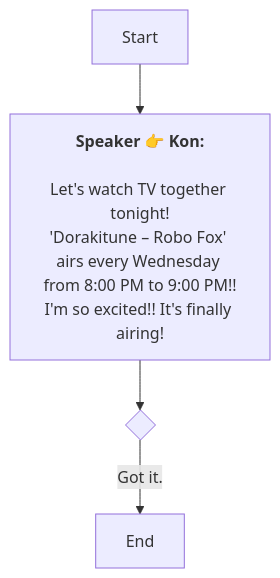
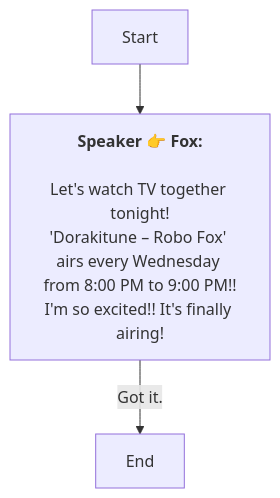
Before and after one commit to SoftHu/tos_avg: the diagram in En/QuestStartTalkENode_1751904922671817.md, drawn with Mermaid. The commit also changed 737 other files, not shown here.

````diff
--- a/En/QuestStartTalkENode_1751904922671817.md
+++ b/En/QuestStartTalkENode_1751904922671817.md
@@ -1,11 +1,8 @@
 ```mermaid
 graph
-Start -->1751904956332748[<b>Speaker 👉 Kon:</b>
+Start -->1751904956332748[<b>Speaker 👉 Fox:</b>
+\nLet's watch TV together tonight!
+'Dorakitune – Robo Fox' airs every Wednesday from 8:00 PM to 9:00 PM!!\nI'm so excited!! It's finally airing!]
+1751904956332748 -->|Got it.|1751905106071250[End]
 
-Let's watch TV together tonight!
-'Dorakitune – Robo Fox' airs every Wednesday from 8:00 PM to 9:00 PM!!
-I'm so excited!! It's finally airing!]
-1751904956332748 -->1751905080756941{ }
-1751905080756941 -->|Got it.|1751905106071250[End]
-
- ```
+```
````
